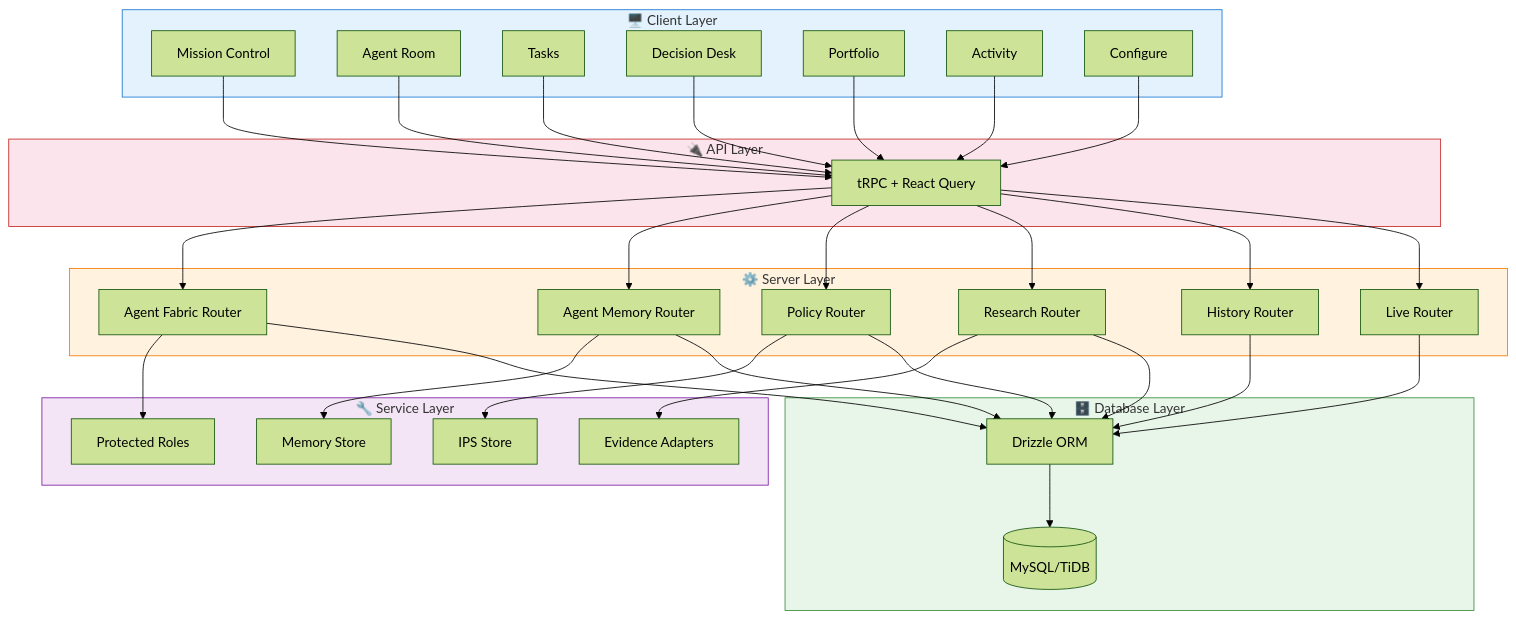
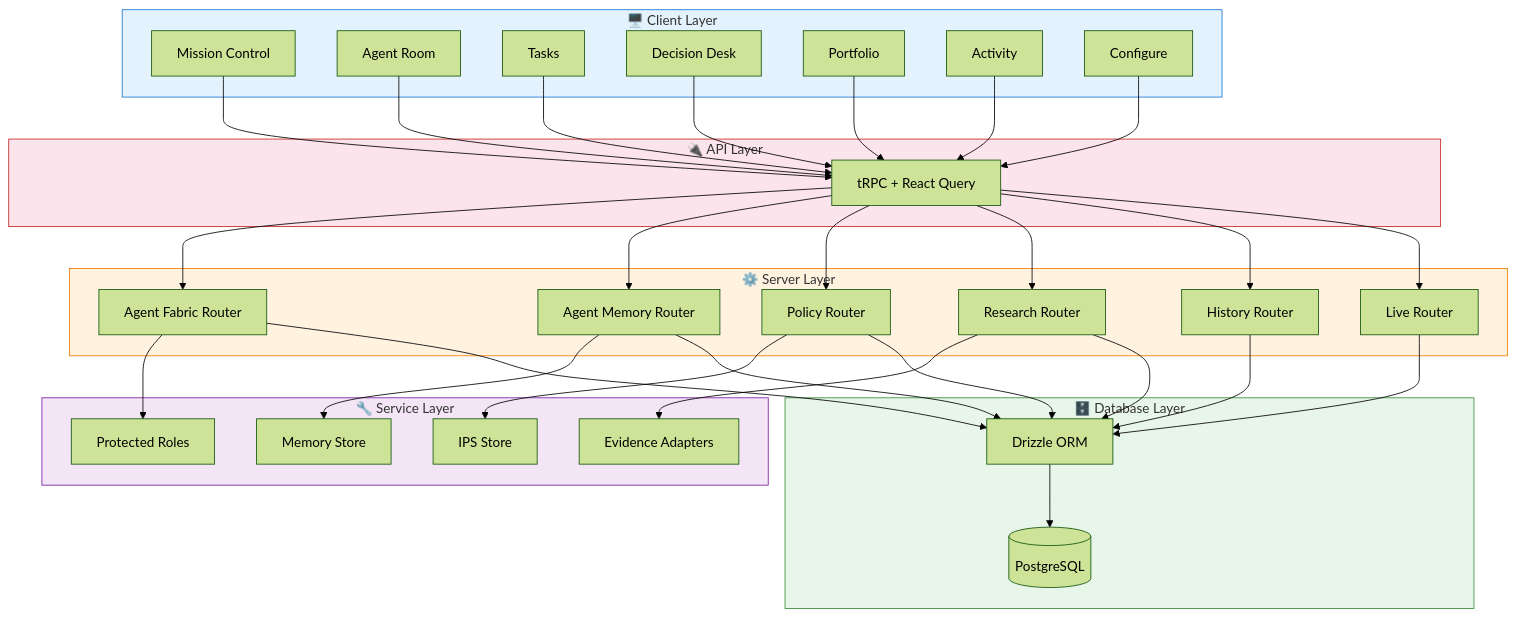
One commit to FrancKINANI/ai-investment-agent changed the first of 7 diagrams in docs/architecture/architecture.md. Above: the diagram before and after it, drawn with Mermaid (forest theme). The commit also changed other lines of this file and 5 other files, not shown here.

First line of the commit message:
docs: update documentation for PostgreSQL

````diff
--- a/docs/architecture/architecture.md
+++ b/docs/architecture/architecture.md
@@ -47,52 +47,52 @@
 ```mermaid
 graph TB
     subgraph Client["🖥️ Client Layer"]
         MC[Mission Control]
         AR[Agent Room]
         TK[Tasks]
         DD[Decision Desk]
         PF[Portfolio]
         AC[Activity]
         CF[Configure]
     end
 
     subgraph API["🔌 API Layer"]
         TRPC[tRPC + React Query]
     end
 
     subgraph Server["⚙️ Server Layer"]
         AF[Agent Fabric Router]
         AM[Agent Memory Router]
         PL[Policy Router]
         RV[Research Router]
         HR[History Router]
         LR[Live Router]
     end
 
     subgraph Services["🔧 Service Layer"]
         PRO[Protected Roles]
         MEM[Memory Store]
         IPS[IPS Store]
         EVID[Evidence Adapters]
     end
 
     subgraph Database["🗄️ Database Layer"]
         DRIZZLE[Drizzle ORM]
-        DB[(MySQL/TiDB)]
+        DB[(PostgreSQL)]
     end
 
     MC & AR & TK & DD & PF & AC & CF --> TRPC
     TRPC --> AF & AM & PL & RV & HR & LR
     AF --> PRO
     AM --> MEM
     PL --> IPS
     RV --> EVID
     AF & AM & PL & RV & HR & LR --> DRIZZLE
     DRIZZLE --> DB
 
     style Client fill:#e3f2fd,stroke:#1976d2
     style API fill:#fce4ec,stroke:#c62828
     style Server fill:#fff3e0,stroke:#f57c00
     style Services fill:#f3e5f5,stroke:#7b1fa2
     style Database fill:#e8f5e9,stroke:#388e3c
 ```
````
